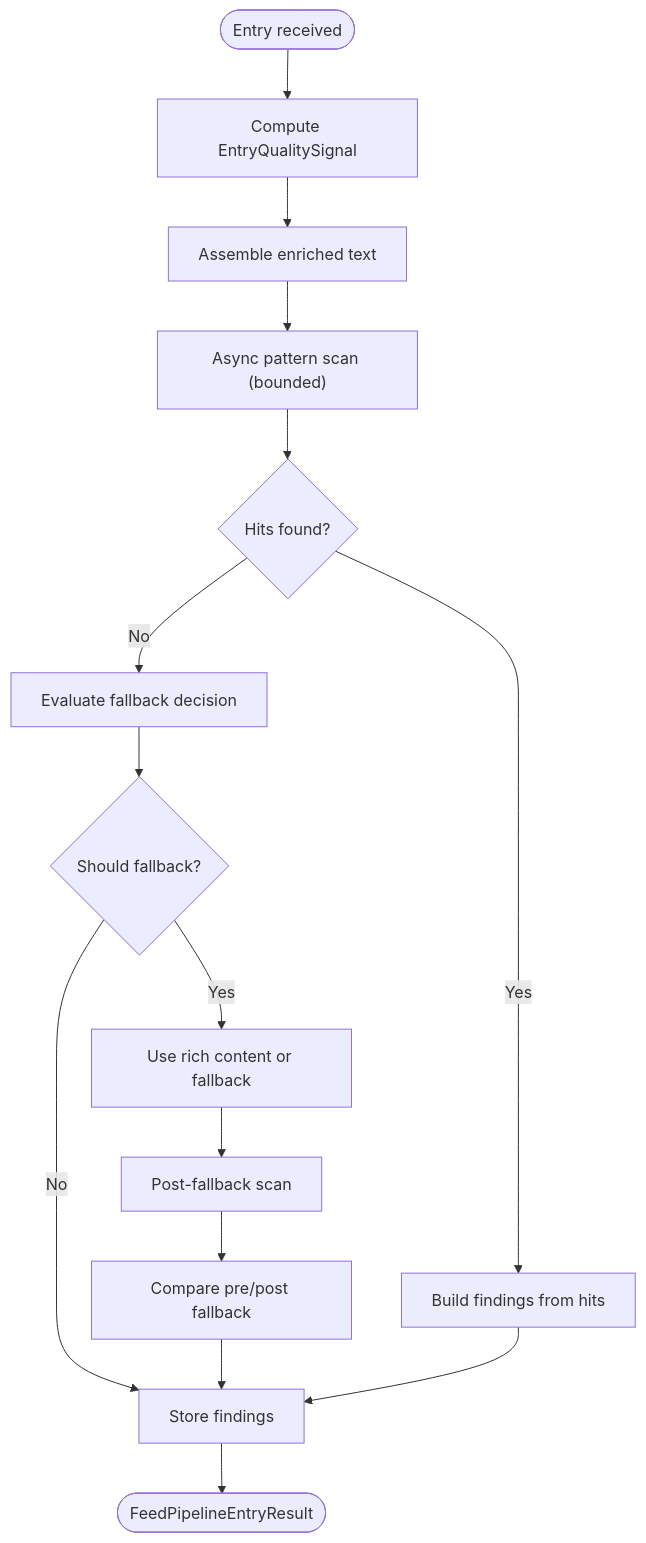
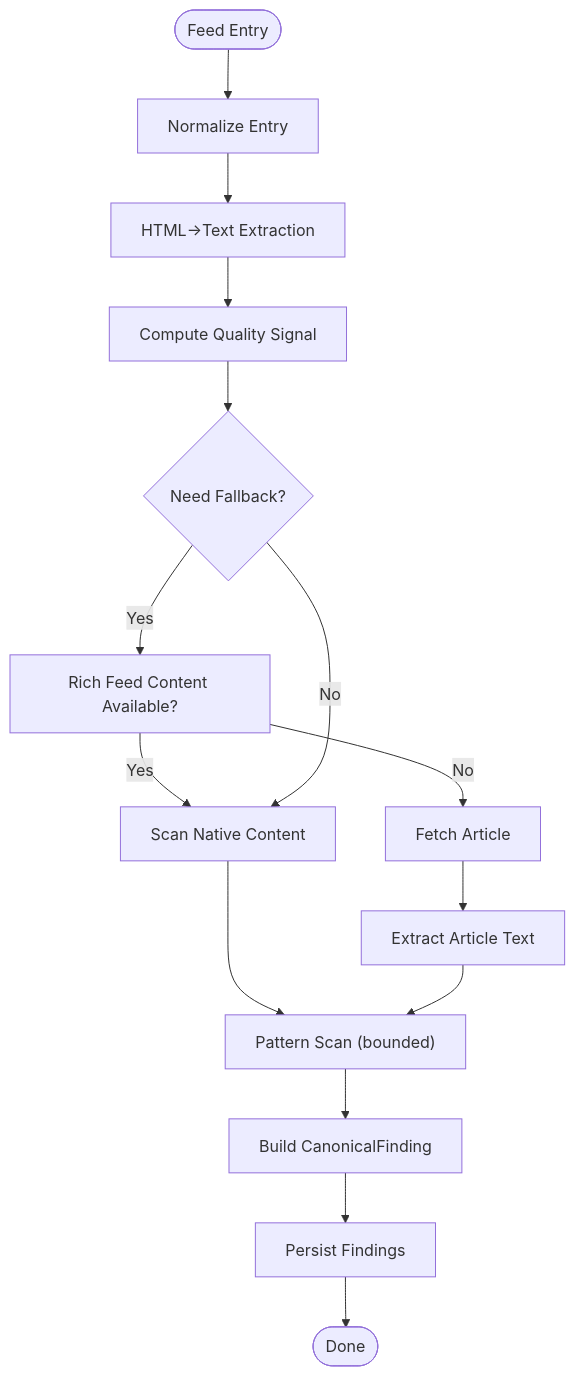
The third of 8 diagrams in .qoder/repowiki/en/content/Pipeline System/Pipeline System.md (Hamulda/hledac-universal), drawn with Mermaid before and after one commit. The commit also changed other lines of this file and 236 other files, not shown here.

````diff
--- a/.qoder/repowiki/en/content/Pipeline System/Pipeline System.md
+++ b/.qoder/repowiki/en/content/Pipeline System/Pipeline System.md
@@ -144,17 +136,17 @@
 ```mermaid
 flowchart TD
-Start(["Entry received"]) --> QS["Compute EntryQualitySignal"]
-QS --> AT["Assemble enriched text"]
-AT --> Scan["Async pattern scan (bounded)"]
-Scan --> Hits{"Hits found?"}
-Hits --> |No| MaybeFallback["Evaluate fallback decision"]
-Hits --> |Yes| BuildFindings["Build findings from hits"]
-MaybeFallback --> Decide{"Should fallback?"}
-Decide --> |Yes| RichOrFallback["Use rich content or fallback"]
-Decide --> |No| Store["Store findings"]
-RichOrFallback --> PostScan["Post-fallback scan"]
-PostScan --> Compare["Compare pre/post fallback"]
-Compare --> Store
-BuildFindings --> Store
-Store --> End(["FeedPipelineEntryResult"])
+Start(["Feed Entry"]) --> Normalize["Normalize Entry"]
+Normalize --> Extract["HTML→Text Extraction"]
+Extract --> Quality["Compute Quality Signal"]
+Quality --> DecideFallback{"Need Fallback?"}
+DecideFallback --> |Yes| RichContent["Rich Feed Content Available?"]
+RichContent --> |Yes| ScanNative["Scan Native Content"]
+RichContent --> |No| FetchArticle["Fetch Article"]
+DecideFallback --> |No| ScanNative
+ScanNative --> Pattern["Pattern Scan (bounded)"]
+FetchArticle --> ExtractArticle["Extract Article Text"]
+ExtractArticle --> Pattern
+Pattern --> BuildFinding["Build CanonicalFinding"]
+BuildFinding --> Storage["Persist Findings"]
+Storage --> End(["Done"])
 ```
````
